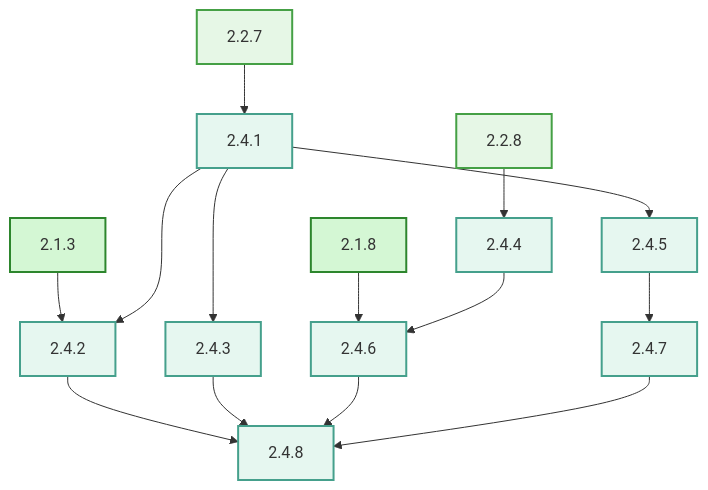
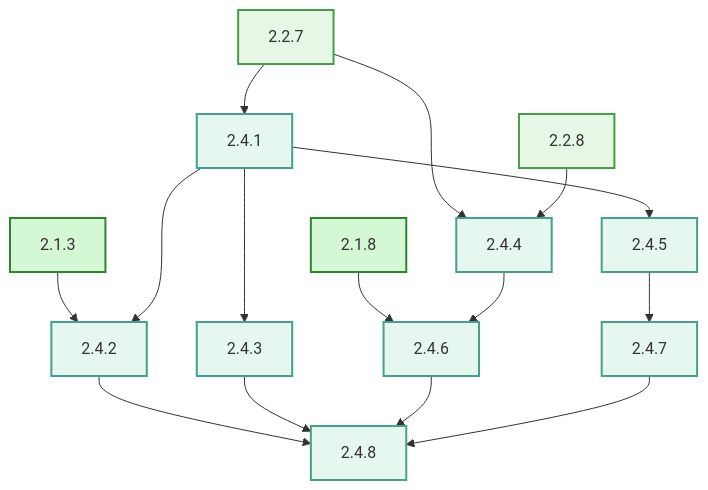
One commit to Oldranda1414/SP2PFL-ProjectManagement changed the fifth of 11 diagrams in docs/planning.md. Above: the diagram before and after it, drawn with Mermaid. The commit also changed other lines of this file, not shown here.

Commit message:
add full diagram critical path

````diff
--- a/docs/planning.md
+++ b/docs/planning.md
@@ -634,35 +634,36 @@
 ```mermaid
 graph TD
     %% Activities
     2.1.3:::core
     2.1.8:::core
     2.2.7:::model
     2.2.8:::model
     2.4.1:::storage
     2.4.2:::storage
     2.4.3:::storage
     2.4.4:::storage
     2.4.5:::storage
     2.4.6:::storage
     2.4.7:::storage
     2.4.8:::storage
 
     %% Dependencies
     2.1.3 --> 2.4.2
     2.1.8 --> 2.4.6
     2.2.7 --> 2.4.1
+    2.2.7 --> 2.4.4
     2.2.8 --> 2.4.4
     2.4.1 --> 2.4.2
     2.4.1 --> 2.4.3
     2.4.1 --> 2.4.5
     2.4.2 --> 2.4.8
     2.4.3 --> 2.4.8
     2.4.4 --> 2.4.6
     2.4.5 --> 2.4.7
     2.4.6 --> 2.4.8
     2.4.7 --> 2.4.8
 
     classDef core fill:#d4f7d4,stroke:#2d862d,stroke-width:2px
     classDef model fill:#e6f7e6,stroke:#45a045,stroke-width:2px
     classDef storage fill:#e6f7f0,stroke:#45a08c,stroke-width:2px
 ```
````
